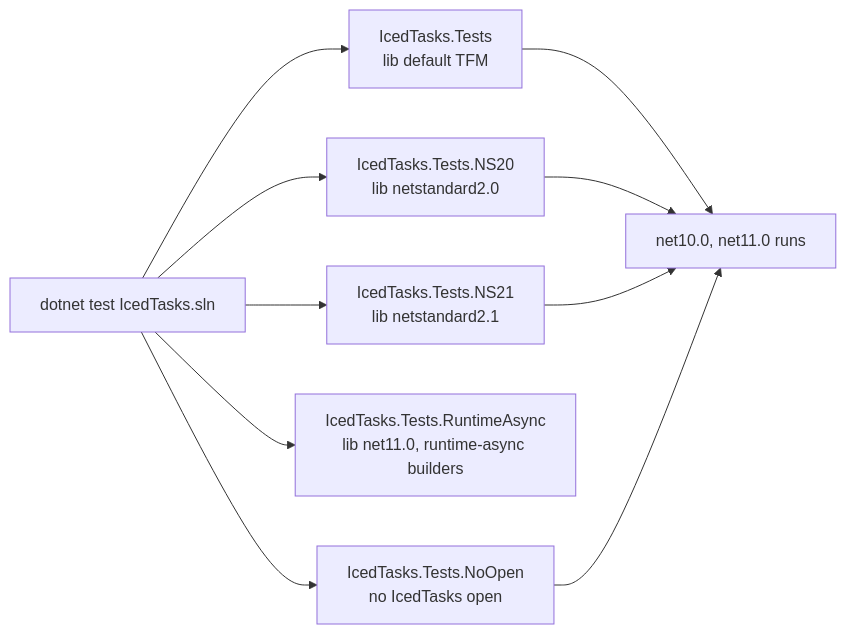
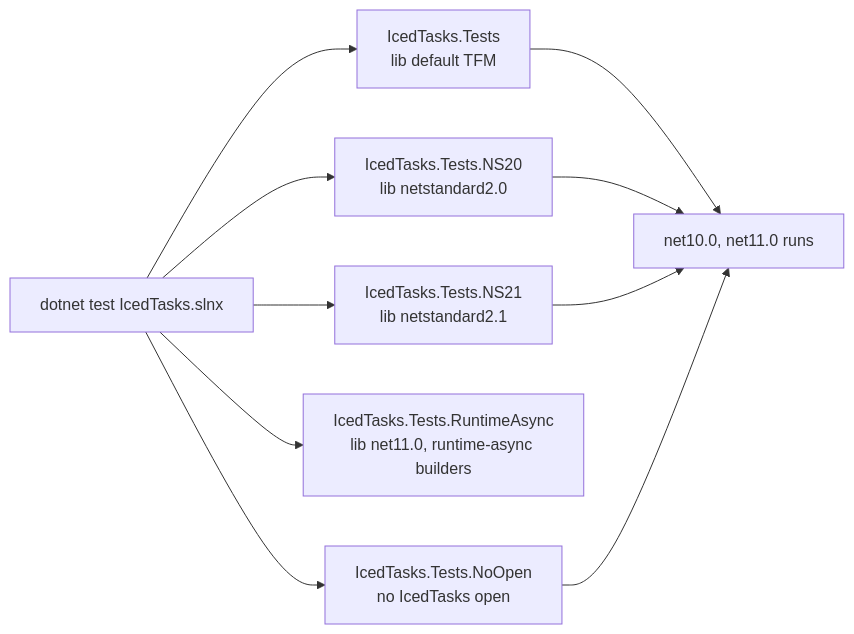
Before and after one commit to TheAngryByrd/IcedTasks: the diagram in lode/tests/summary.md, drawn with Mermaid. The commit also changed 9 other files, not shown here.

First line of the commit message:
Convert IcedTasks.sln to IcedTasks.slnx (#84)

````diff
--- a/lode/tests/summary.md
+++ b/lode/tests/summary.md
@@ -28,12 +28,12 @@
 ```mermaid
 flowchart LR
-    sln["dotnet test IcedTasks.sln"] --> t["IcedTasks.Tests<br/>lib default TFM"]
+    sln["dotnet test IcedTasks.slnx"] --> t["IcedTasks.Tests<br/>lib default TFM"]
     sln --> n20["IcedTasks.Tests.NS20<br/>lib netstandard2.0"]
     sln --> n21["IcedTasks.Tests.NS21<br/>lib netstandard2.1"]
     sln --> rt["IcedTasks.Tests.RuntimeAsync<br/>lib net11.0, runtime-async builders"]
     sln --> no["IcedTasks.Tests.NoOpen<br/>no IcedTasks open"]
     t --> r["net10.0, net11.0 runs"]
     n20 --> r
     n21 --> r
     no --> r
 ```
````
